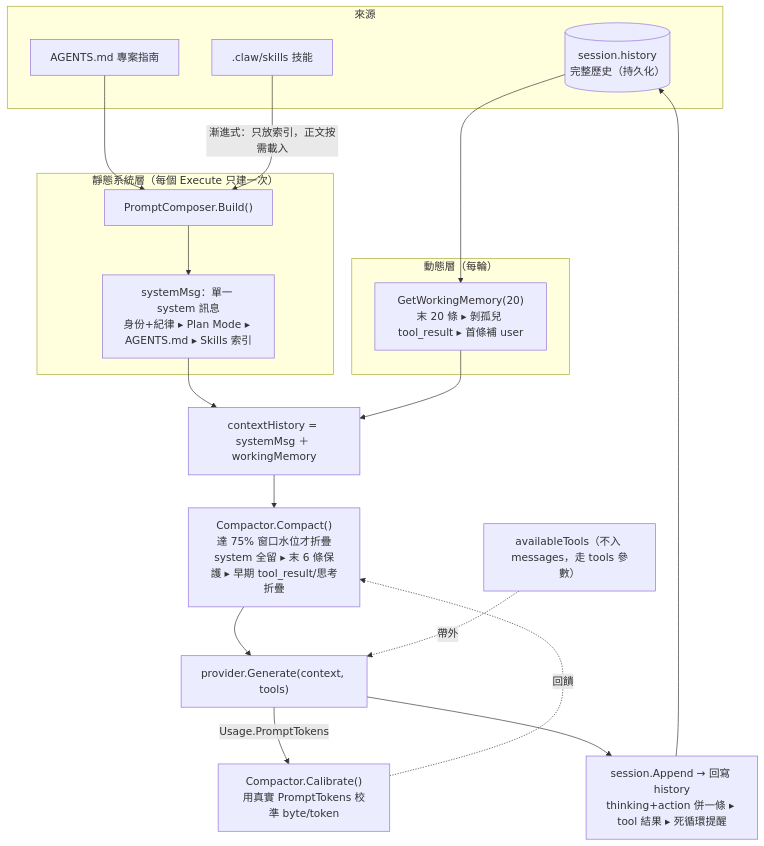
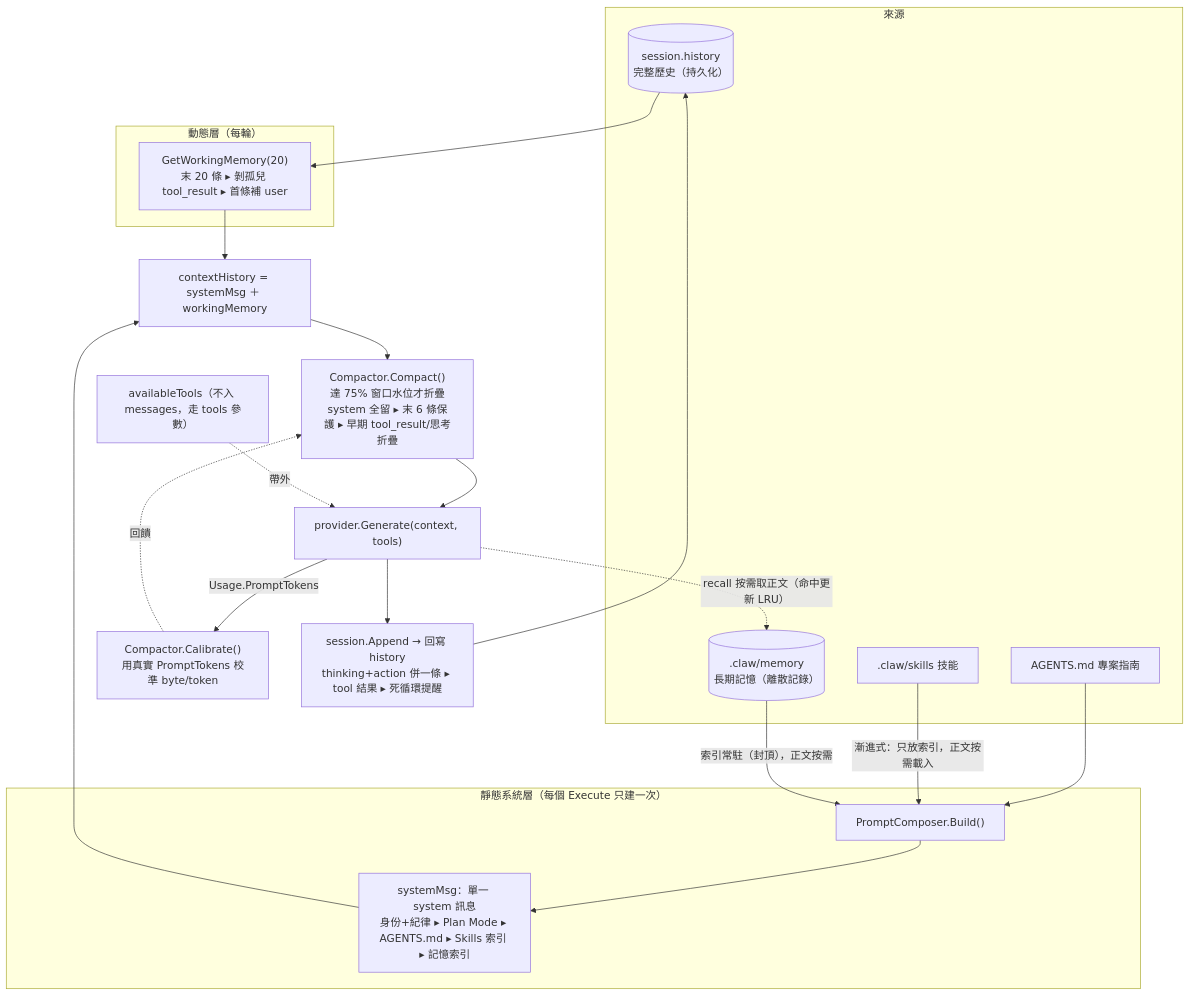
One commit to SIMPLYBOYS/cogito-agent changed the second of 2 diagrams in README.md. Above: the diagram before and after it, drawn with Mermaid. The commit also changed other lines of this file, not shown here.

Commit message:
docs(readme): 補可檢索長期記憶（Phase 1+2）——Features + 上下文工程子圖
Features 上下文工程加一條『可檢索長期記憶』；prompt 組裝子圖加 .claw/memory 來源、systemMsg 含記憶索引、recall 按需取正文(更新 LRU)的回邊；圖例補長期記憶段；目錄樹補 memory.go。

````diff
--- a/README.md
+++ b/README.md
@@ -106,38 +107,41 @@
 ```mermaid
 flowchart TB
   subgraph SRC["來源"]
     HIST[("session.history<br/>完整歷史（持久化）")]
     AGENTS["AGENTS.md 專案指南"]
     SKILLS[".claw/skills 技能"]
+    MEM[(".claw/memory<br/>長期記憶（離散記錄）")]
   end
 
   subgraph STATIC["靜態系統層（每個 Execute 只建一次）"]
     COMPOSER["PromptComposer.Build()"]
-    SYS["systemMsg：單一 system 訊息<br/>身份+紀律 ▸ Plan Mode ▸ AGENTS.md ▸ Skills 索引"]
+    SYS["systemMsg：單一 system 訊息<br/>身份+紀律 ▸ Plan Mode ▸ AGENTS.md ▸ Skills 索引 ▸ 記憶索引"]
   end
 
   subgraph DYN["動態層（每輪）"]
     WIN["GetWorkingMemory(20)<br/>末 20 條 ▸ 剝孤兒 tool_result ▸ 首條補 user"]
   end
 
   ASSEMBLE["contextHistory = systemMsg ＋ workingMemory"]
   COMPACT["Compactor.Compact()<br/>達 75% 窗口水位才折疊<br/>system 全留 ▸ 末 6 條保護 ▸ 早期 tool_result/思考折疊"]
   TOOLS["availableTools（不入 messages，走 tools 參數）"]
   LLM["provider.Generate(context, tools)"]
   CAL["Compactor.Calibrate()<br/>用真實 PromptTokens 校準 byte/token"]
   WB["session.Append → 回寫 history<br/>thinking+action 併一條 ▸ tool 結果 ▸ 死循環提醒"]
 
   AGENTS --> COMPOSER
   SKILLS -->|漸進式：只放索引，正文按需載入| COMPOSER
+  MEM -->|索引常駐（封頂），正文按需| COMPOSER
   COMPOSER --> SYS
   HIST --> WIN
   SYS --> ASSEMBLE
   WIN --> ASSEMBLE
   ASSEMBLE --> COMPACT
   COMPACT --> LLM
   TOOLS -.帶外.-> LLM
   LLM -->|Usage.PromptTokens| CAL
   CAL -.回饋.-> COMPACT
   LLM --> WB
   WB --> HIST
+  LLM -.recall 按需取正文（命中更新 LRU）.-> MEM
 ```
````
